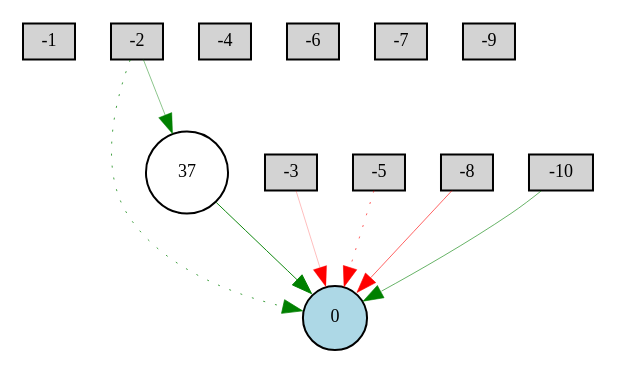
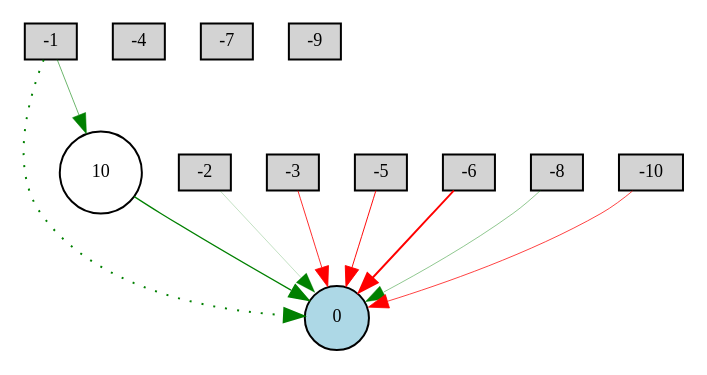
One commit to PabloHernandezUDC/ria2526 changed the diagram in plots/2_2_winner_network.gv. Above: the diagram before and after it, drawn with Graphviz. The commit also changed 18 other files, not shown here.

```diff
--- a/plots/2_2_winner_network.gv
+++ b/plots/2_2_winner_network.gv
@@ -1,22 +1,24 @@
 digraph {
 	node [fontsize=9 height=0.2 shape=circle width=0.2]
 	-1 [fillcolor=lightgray shape=box style=filled]
 	-2 [fillcolor=lightgray shape=box style=filled]
 	-3 [fillcolor=lightgray shape=box style=filled]
 	-4 [fillcolor=lightgray shape=box style=filled]
 	-5 [fillcolor=lightgray shape=box style=filled]
 	-6 [fillcolor=lightgray shape=box style=filled]
 	-7 [fillcolor=lightgray shape=box style=filled]
 	-8 [fillcolor=lightgray shape=box style=filled]
 	-9 [fillcolor=lightgray shape=box style=filled]
 	-10 [fillcolor=lightgray shape=box style=filled]
 	0 [fillcolor=lightblue style=filled]
-	37 [fillcolor=white style=filled]
-	-2 -> 0 [color=green penwidth=0.3726740707757752 style=dotted]
-	-3 -> 0 [color=red penwidth=0.134376725351752 style=solid]
-	-5 -> 0 [color=red penwidth=0.3077822506312444 style=dotted]
-	-8 -> 0 [color=red penwidth=0.30799335706808484 style=solid]
-	-10 -> 0 [color=green penwidth=0.3009867091203775 style=solid]
-	-2 -> 37 [color=green penwidth=0.22676653574911687 style=solid]
-	37 -> 0 [color=green penwidth=0.4740998431062676 style=solid]
+	10 [fillcolor=white style=filled]
+	-1 -> 0 [color=green penwidth=0.97684489626063 style=dotted]
+	-2 -> 0 [color=green penwidth=0.11966756212632719 style=solid]
+	-3 -> 0 [color=red penwidth=0.4078948834540632 style=solid]
+	-5 -> 0 [color=red penwidth=0.48227762659103723 style=solid]
+	-6 -> 0 [color=red penwidth=0.9388007647407045 style=solid]
+	-8 -> 0 [color=green penwidth=0.2156133515727186 style=solid]
+	-10 -> 0 [color=red penwidth=0.373983962798327 style=solid]
+	-1 -> 10 [color=green penwidth=0.28639511698355324 style=solid]
+	10 -> 0 [color=green penwidth=0.6323689322372791 style=solid]
 }
```
